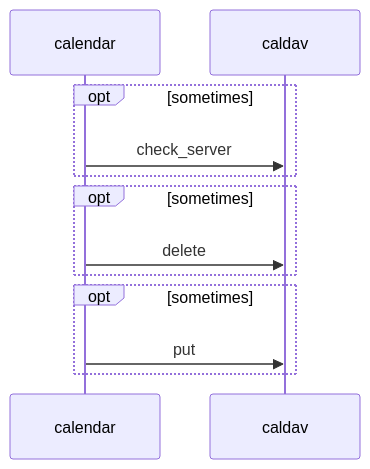
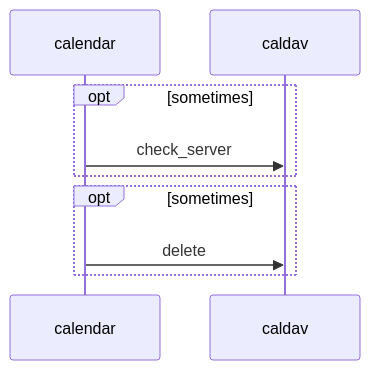
The second of 4 diagrams in docs/dataflow/caldav-edit.md (rabalyn/shale), drawn with Mermaid before and after one commit. The commit also changed other lines of this file and 10 other files, not shown here.

First line of the commit message:
Dataflow: caldav_put and caldav_delete, nested steps in a rect block (DEV-026, DEV-028)

````diff
--- a/docs/dataflow/caldav-edit.md
+++ b/docs/dataflow/caldav-edit.md
@@ -8,14 +17,11 @@
 ```mermaid
 sequenceDiagram
     participant calendar
     participant caldav
     opt sometimes
         calendar->>caldav: check_server
     end
     opt sometimes
         calendar->>caldav: delete
     end
-    opt sometimes
-        calendar->>caldav: put
-    end
 ```
````
